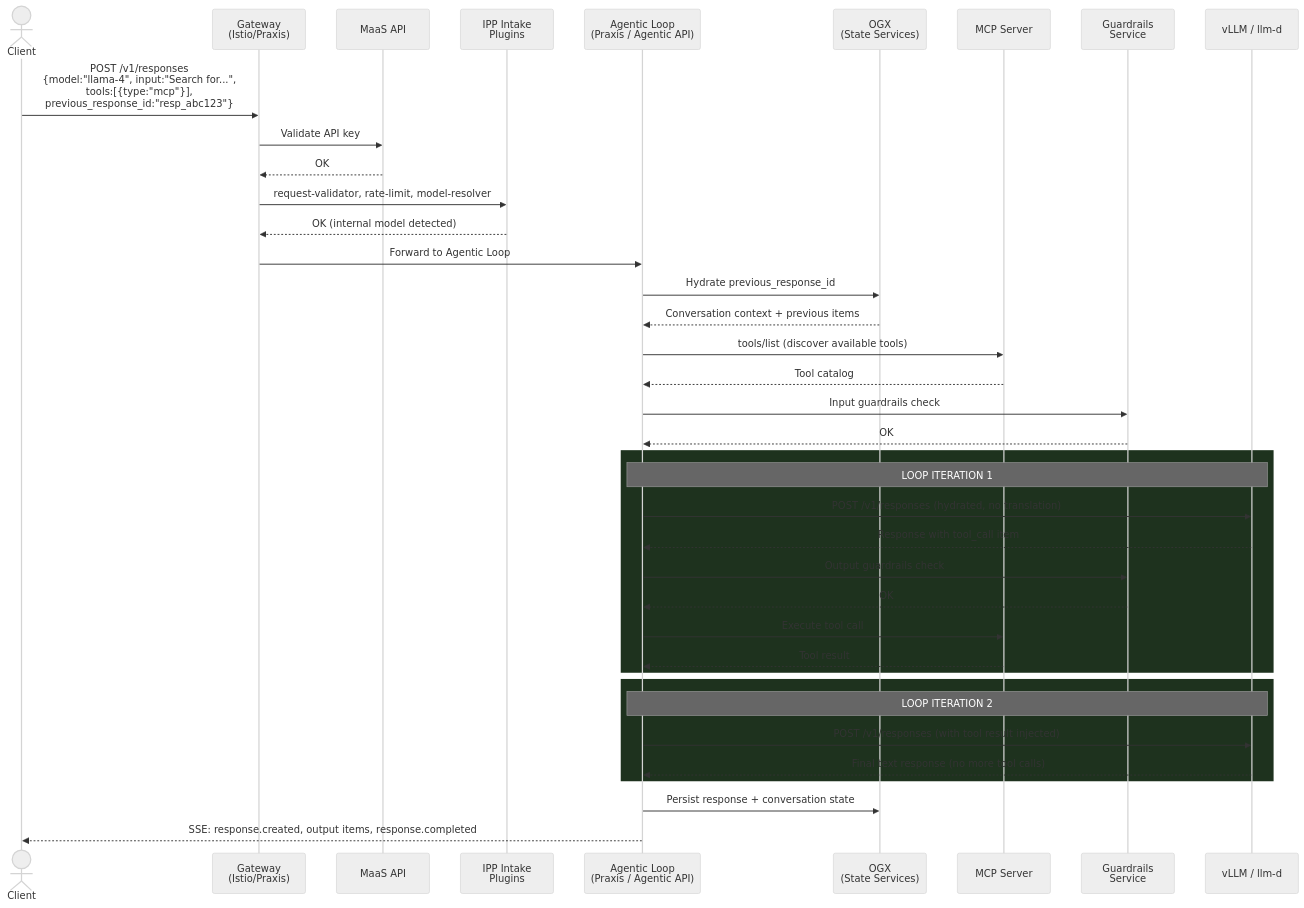
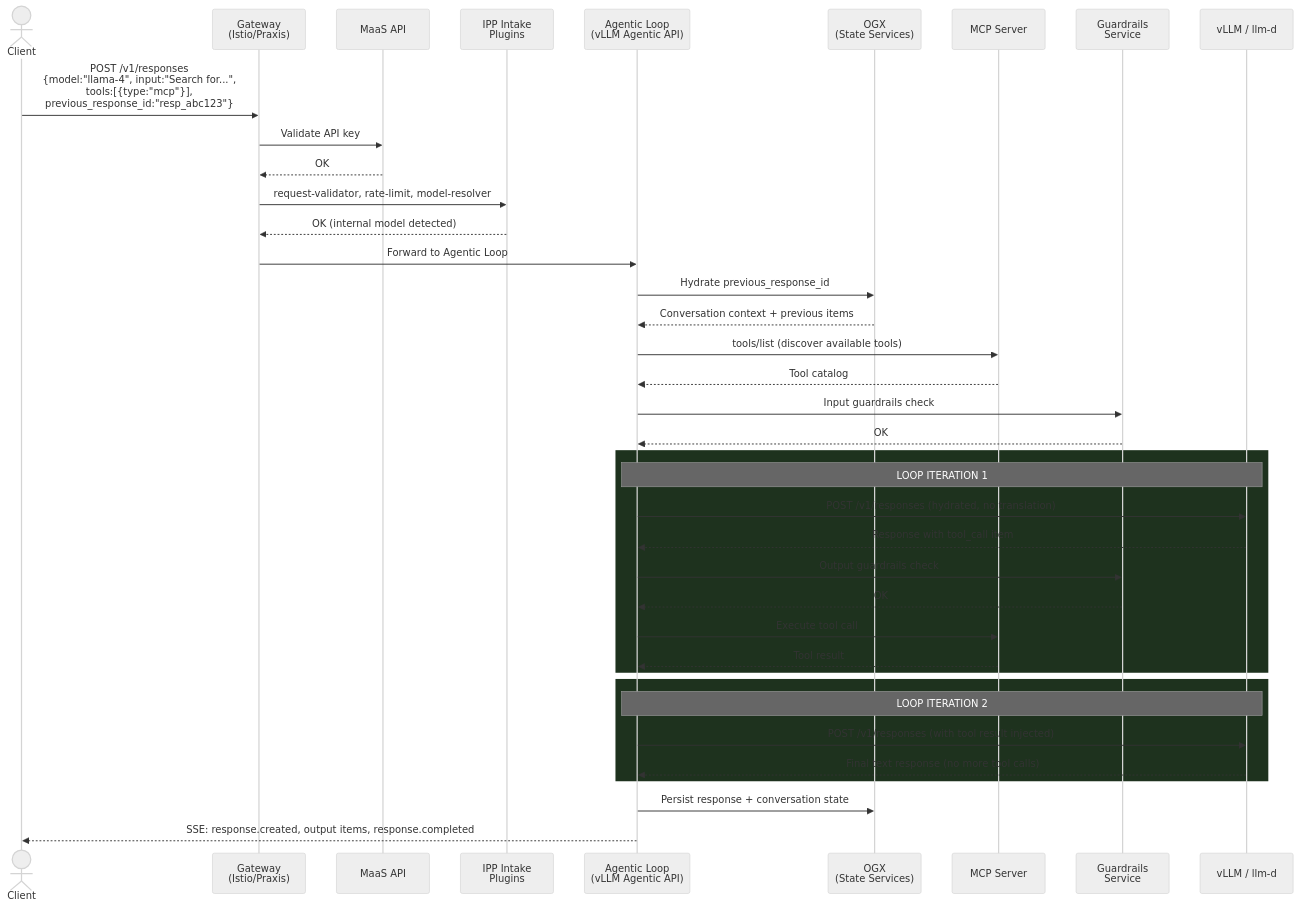
One commit to noyitz/ai-gateway-docs changed the second of 7 diagrams in responses-api/03-strategy.md. Above: the diagram before and after it, drawn with Mermaid (neutral theme). The commit also changed other lines of this file and 3 other files, not shown here.

Commit message:
Fix component naming: Agentic API today / Praxis future, Envoy + IPP for gateway

````diff
--- a/responses-api/03-strategy.md
+++ b/responses-api/03-strategy.md
@@ -43,50 +43,50 @@
 ```mermaid
 sequenceDiagram
     actor Client
     participant GW as Gateway<br/>(Istio/Praxis)
     participant MaaS as MaaS API
     participant IPP as IPP Intake<br/>Plugins
-    participant AL as Agentic Loop<br/>(Praxis / Agentic API)
+    participant AL as Agentic Loop<br/>(vLLM Agentic API)
     participant OGX as OGX<br/>(State Services)
     participant MCP as MCP Server
     participant Guards as Guardrails<br/>Service
     participant vLLM as vLLM / llm-d
 
     Client->>GW: POST /v1/responses<br/>{model:"llama-4", input:"Search for...",<br/>tools:[{type:"mcp"}],<br/>previous_response_id:"resp_abc123"}
 
     GW->>MaaS: Validate API key
     MaaS-->>GW: OK
 
     GW->>IPP: request-validator, rate-limit, model-resolver
     IPP-->>GW: OK (internal model detected)
 
     GW->>AL: Forward to Agentic Loop
 
     AL->>OGX: Hydrate previous_response_id
     OGX-->>AL: Conversation context + previous items
 
     AL->>MCP: tools/list (discover available tools)
     MCP-->>AL: Tool catalog
 
     AL->>Guards: Input guardrails check
     Guards-->>AL: OK
 
     rect rgb(30, 50, 30)
         Note over AL,vLLM: LOOP ITERATION 1
         AL->>vLLM: POST /v1/responses (hydrated, no translation)
         vLLM-->>AL: Response with tool_call item
         AL->>Guards: Output guardrails check
         Guards-->>AL: OK
         AL->>MCP: Execute tool call
         MCP-->>AL: Tool result
     end
 
     rect rgb(30, 50, 30)
         Note over AL,vLLM: LOOP ITERATION 2
         AL->>vLLM: POST /v1/responses (with tool result injected)
         vLLM-->>AL: Final text response (no more tool calls)
     end
 
     AL->>OGX: Persist response + conversation state
     AL-->>Client: SSE: response.created, output items, response.completed
 ```
````
